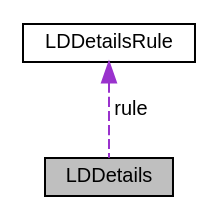
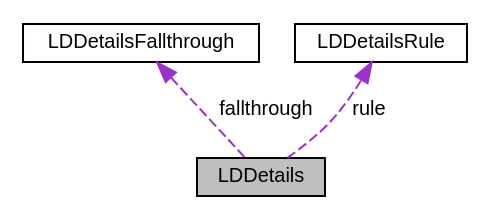
Before and after one commit to launchdarkly/c-server-sdk: the diagram in structLDDetails__coll__graph.dot, drawn with Graphviz. The commit also changed 41 other files, not shown here.

```diff
--- a/structLDDetails__coll__graph.dot
+++ b/structLDDetails__coll__graph.dot
@@ -1,8 +1,10 @@
 digraph "LDDetails"
 {
   edge [fontname="Helvetica",fontsize="10",labelfontname="Helvetica",labelfontsize="10"];
   node [fontname="Helvetica",fontsize="10",shape=record];
   Node1 [label="LDDetails",height=0.2,width=0.4,color="black", fillcolor="grey75", style="filled", fontcolor="black"];
-  Node2 -> Node1 [dir="back",color="darkorchid3",fontsize="10",style="dashed",label=" rule" ,fontname="Helvetica"];
-  Node2 [label="LDDetailsRule",height=0.2,width=0.4,color="black", fillcolor="white", style="filled",URL="$structLDDetailsRule.html",tooltip="Indicates which rule matched a user. "];
+  Node2 -> Node1 [dir="back",color="darkorchid3",fontsize="10",style="dashed",label=" fallthrough" ,fontname="Helvetica"];
+  Node2 [label="LDDetailsFallthrough",height=0.2,width=0.4,color="black", fillcolor="white", style="filled",URL="$structLDDetailsFallthrough.html",tooltip="Extra information when reason == LD_FALLTHROUGH. "];
+  Node3 -> Node1 [dir="back",color="darkorchid3",fontsize="10",style="dashed",label=" rule" ,fontname="Helvetica"];
+  Node3 [label="LDDetailsRule",height=0.2,width=0.4,color="black", fillcolor="white", style="filled",URL="$structLDDetailsRule.html",tooltip="Indicates which rule matched a user. "];
 }
```
